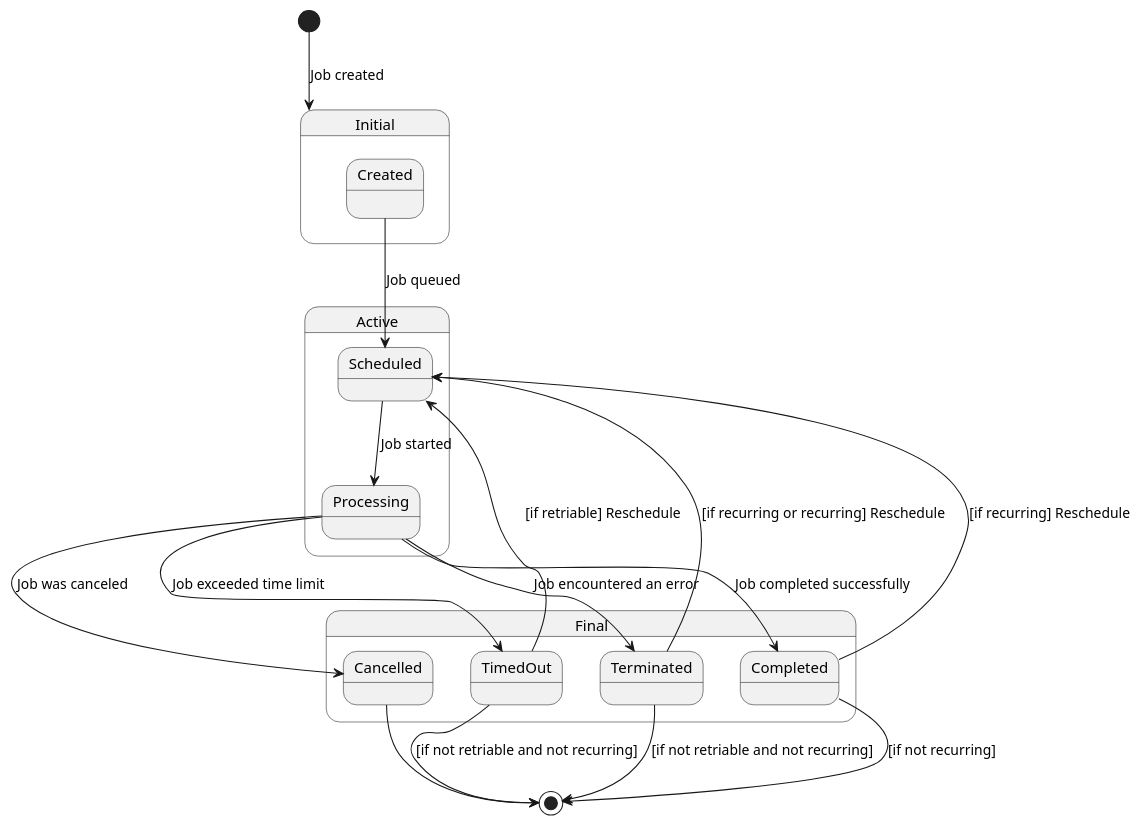
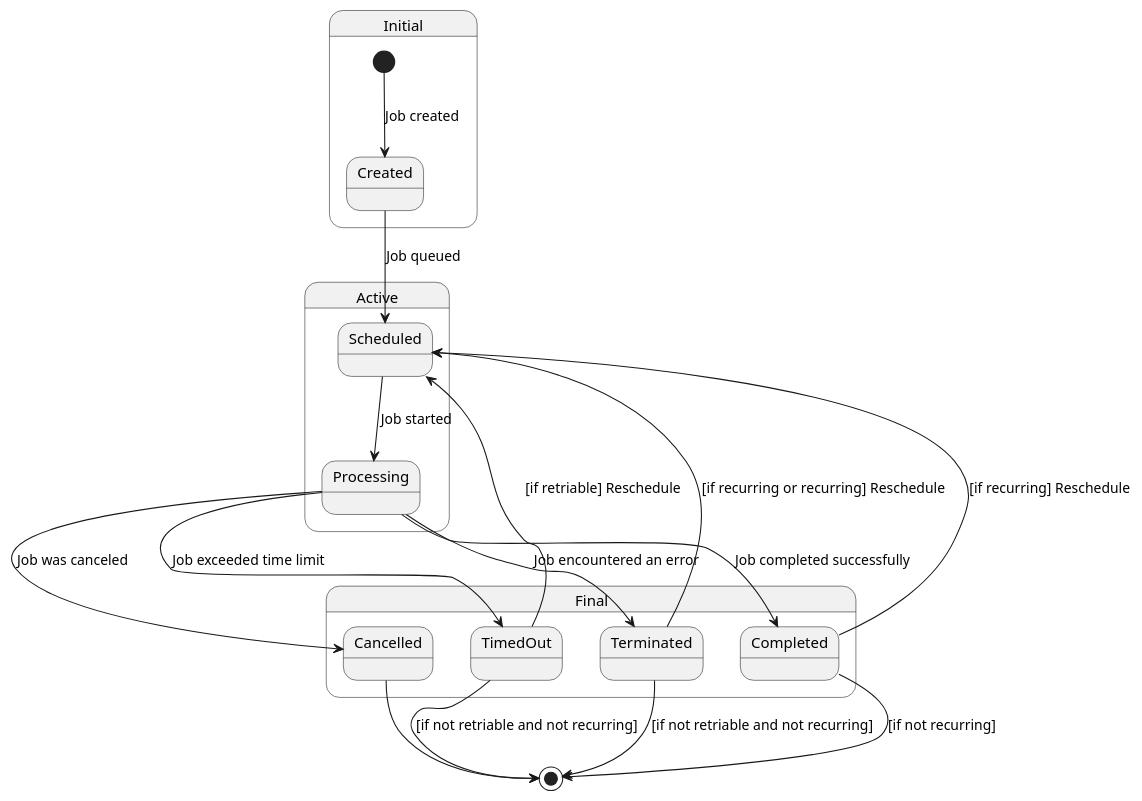
Before and after one commit to cybergarage/go-job: the diagram in doc/img/job-state.pu, drawn with PlantUML. The commit also changed 1 other file, not shown here.

```diff
--- a/doc/img/job-state.pu
+++ b/doc/img/job-state.pu
@@ -1,30 +1,28 @@
 @startuml
 
-[*] --> Initial : Job created
-
 State Initial {
-Created : 
+[*] --> Created : Job created
 }
 
 State Active {
 Created --> Scheduled : Job queued
 Scheduled --> Processing : Job started
 }
 
 State Final {
 Processing --> Completed : Job completed successfully
 Processing --> Terminated : Job encountered an error
 Terminated --> Scheduled : [if recurring or recurring] Reschedule
 Completed --> Scheduled : [if recurring] Reschedule
 
 Processing --> Cancelled : Job was canceled
 Processing --> TimedOut : Job exceeded time limit
 TimedOut --> Scheduled : [if retriable] Reschedule
 }
 
 Terminated --> [*] : [if not retriable and not recurring]
 Completed --> [*] : [if not recurring]
 Cancelled --> [*]
 TimedOut --> [*] : [if not retriable and not recurring]
 
 @enduml
```
